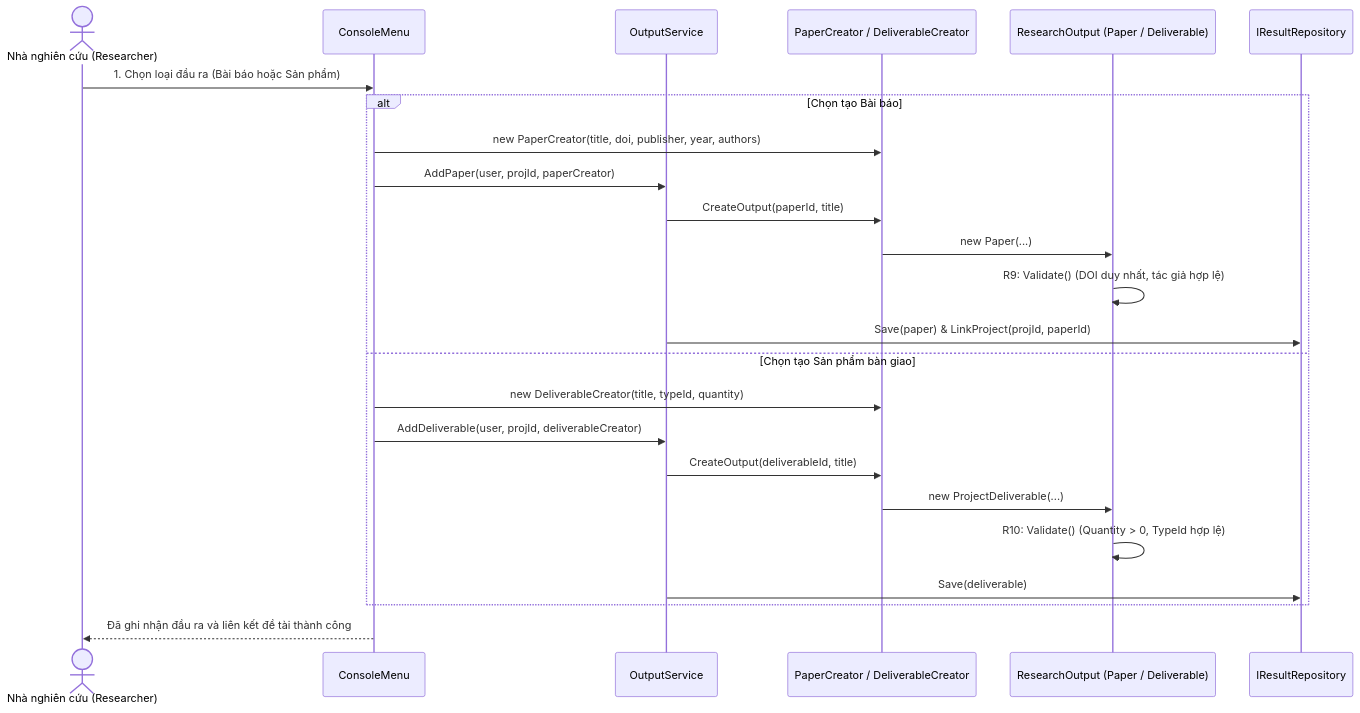
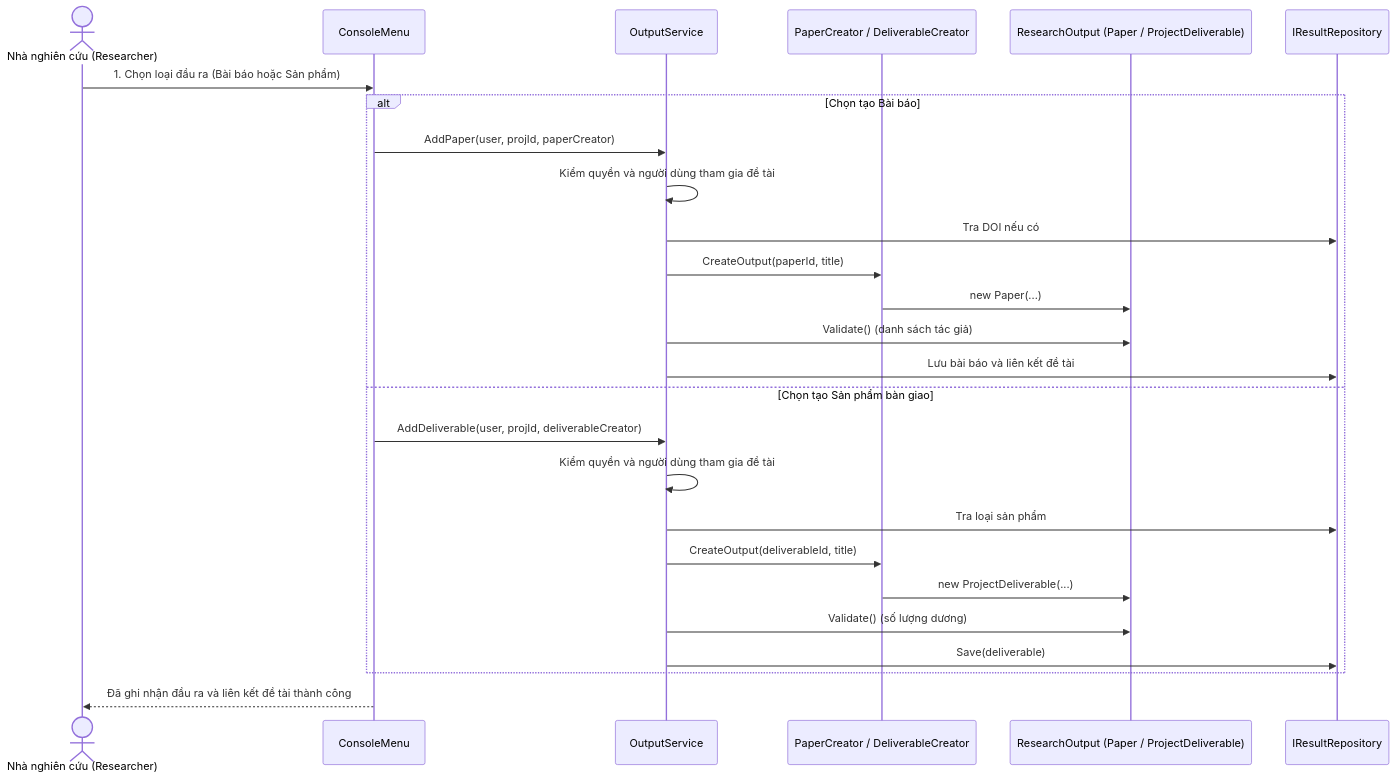
One commit to PKT-zZ/QLNCKH_OOP_FINAL changed the tenth of 10 diagrams in docs/uml.md. Above: the diagram before and after it, drawn with Mermaid. The commit also changed other lines of this file and 9 other files, not shown here.

````diff
--- a/docs/uml.md
+++ b/docs/uml.md
@@ -691,27 +703,29 @@
 ```mermaid
 sequenceDiagram
     actor NNC as Nhà nghiên cứu (Researcher)
     participant UI as ConsoleMenu
     participant OS as OutputService
     participant Factory as PaperCreator / DeliverableCreator
-    participant Out as ResearchOutput (Paper / Deliverable)
+    participant Out as ResearchOutput (Paper / ProjectDeliverable)
     participant Repo as IResultRepository
 
     NNC->>UI: 1. Chọn loại đầu ra (Bài báo hoặc Sản phẩm)
     alt Chọn tạo Bài báo
-        UI->>Factory: new PaperCreator(title, doi, publisher, year, authors)
         UI->>OS: AddPaper(user, projId, paperCreator)
+        OS->>OS: Kiểm quyền và người dùng tham gia đề tài
+        OS->>Repo: Tra DOI nếu có
         OS->>Factory: CreateOutput(paperId, title)
         Factory->>Out: new Paper(...)
-        Out->>Out: R9: Validate() (DOI duy nhất, tác giả hợp lệ)
-        OS->>Repo: Save(paper) & LinkProject(projId, paperId)
+        OS->>Out: Validate() (danh sách tác giả)
+        OS->>Repo: Lưu bài báo và liên kết đề tài
     else Chọn tạo Sản phẩm bàn giao
-        UI->>Factory: new DeliverableCreator(title, typeId, quantity)
         UI->>OS: AddDeliverable(user, projId, deliverableCreator)
+        OS->>OS: Kiểm quyền và người dùng tham gia đề tài
+        OS->>Repo: Tra loại sản phẩm
         OS->>Factory: CreateOutput(deliverableId, title)
         Factory->>Out: new ProjectDeliverable(...)
-        Out->>Out: R10: Validate() (Quantity > 0, TypeId hợp lệ)
+        OS->>Out: Validate() (số lượng dương)
         OS->>Repo: Save(deliverable)
     end
     UI-->>NNC: Đã ghi nhận đầu ra và liên kết đề tài thành công
 ```
````
